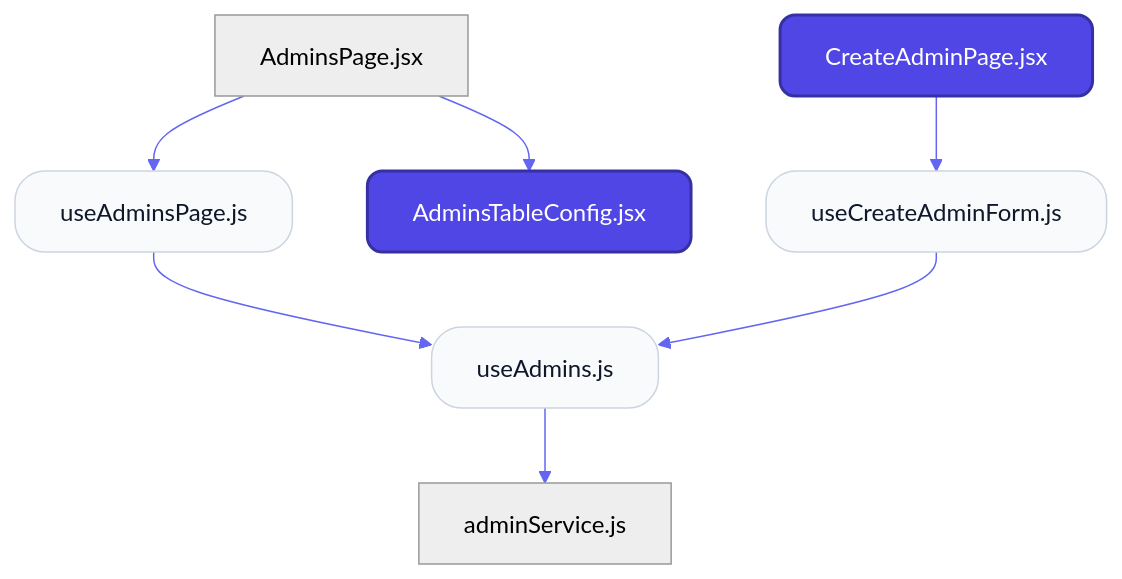
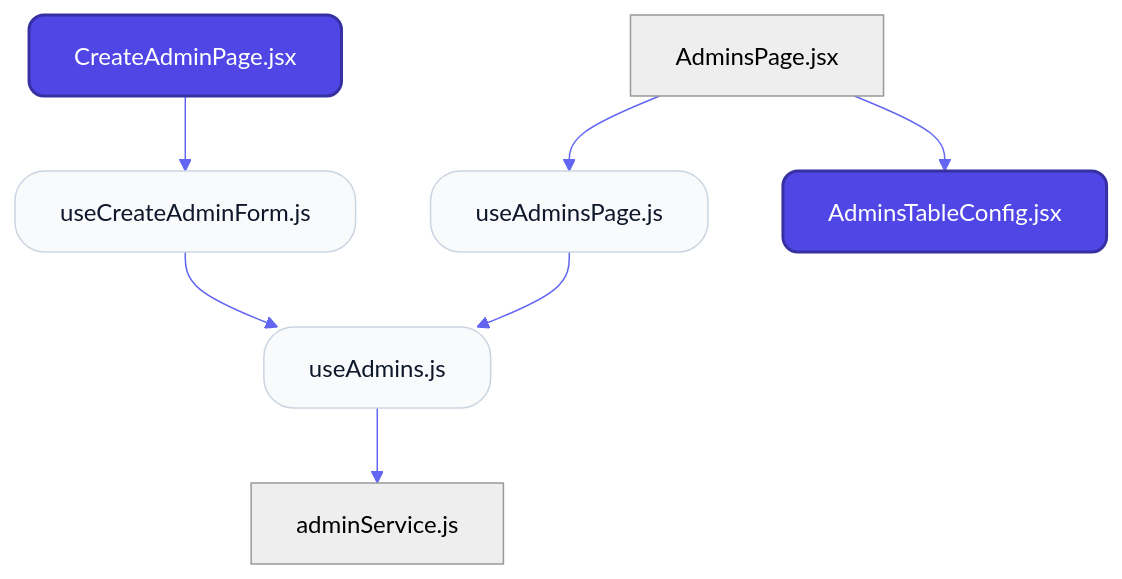
One commit to nexowebai/nexo-superadmin changed the first of 2 diagrams in src/features/admins/README.md. Above: the diagram before and after it, drawn with Mermaid. The commit also changed other lines of this file and 18 other files, not shown here.

````diff
--- a/src/features/admins/README.md
+++ b/src/features/admins/README.md
@@ -12,21 +11,21 @@
 ```mermaid
 %%{init: {'theme': 'neutral', 'themeVariables': { 'fontFamily': 'Inter', 'lineColor': '#6366f1' }}}%%
 graph TD
     classDef page fill:#4f46e5,stroke:#3730a3,stroke-width:2px,color:#fff,rx:10,ry:10;
     classDef hook fill:#f8fafc,stroke:#cbd5e1,stroke-width:1px,color:#0f172a,rx:20,ry:20;
     classDef service fill:#0f172a,stroke:#000,stroke-width:2px,color:#f1f5f9,rx:5,ry:5;
 
+    CreateAdminPagejsx["CreateAdminPage.jsx"]:::page
+    useCreateAdminFormjs["useCreateAdminForm.js"]:::hook
+    useAdminsPagejs["useAdminsPage.js"]:::hook
+    AdminsTableConfigjsx["AdminsTableConfig.jsx"]:::page
     AdminsPagejsx["AdminsPage.jsx"]
-    CreateAdminPagejsx["CreateAdminPage.jsx"]:::page
     useAdminsjs["useAdmins.js"]:::hook
-    useAdminsPagejs["useAdminsPage.js"]:::hook
-    useCreateAdminFormjs["useCreateAdminForm.js"]:::hook
     adminServicejs["adminService.js"]
-    AdminsTableConfigjsx["AdminsTableConfig.jsx"]:::page
+    CreateAdminPagejsx --> useCreateAdminFormjs
+    useCreateAdminFormjs --> useAdminsjs
+    useAdminsPagejs --> useAdminsjs
     AdminsPagejsx --> useAdminsPagejs
     AdminsPagejsx --> AdminsTableConfigjsx
-    CreateAdminPagejsx --> useCreateAdminFormjs
     useAdminsjs --> adminServicejs
-    useAdminsPagejs --> useAdminsjs
-    useCreateAdminFormjs --> useAdminsjs
 ```
````
